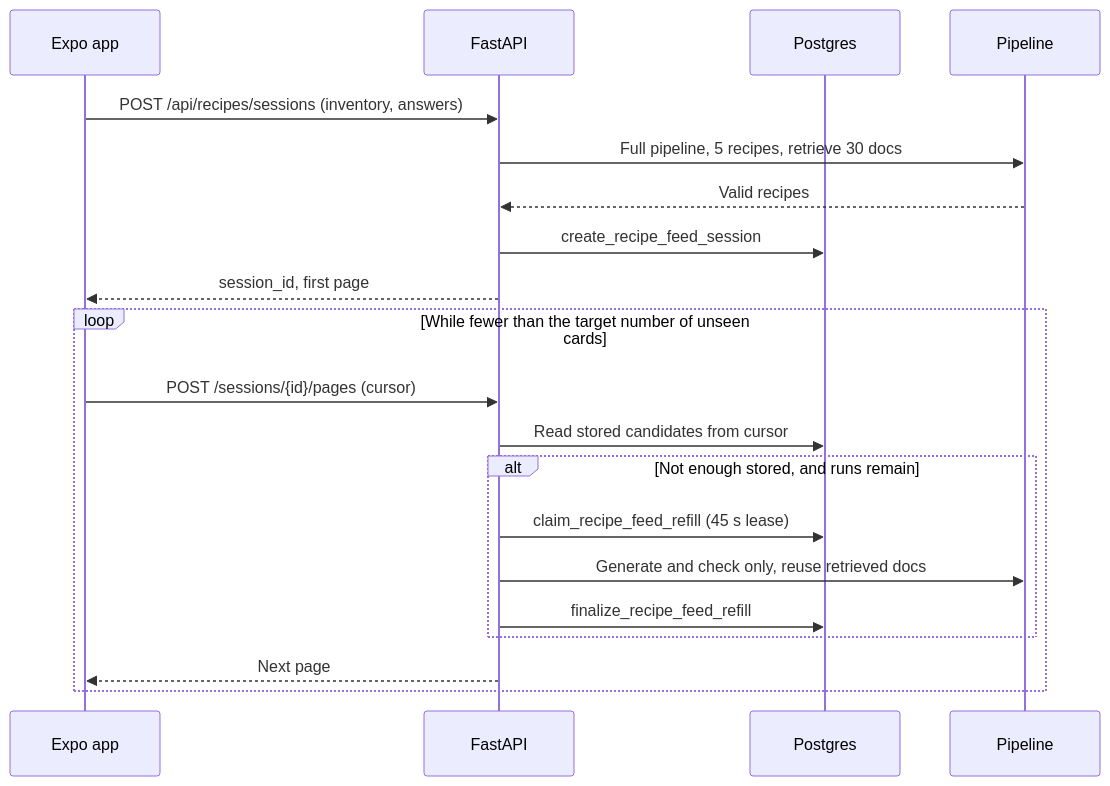
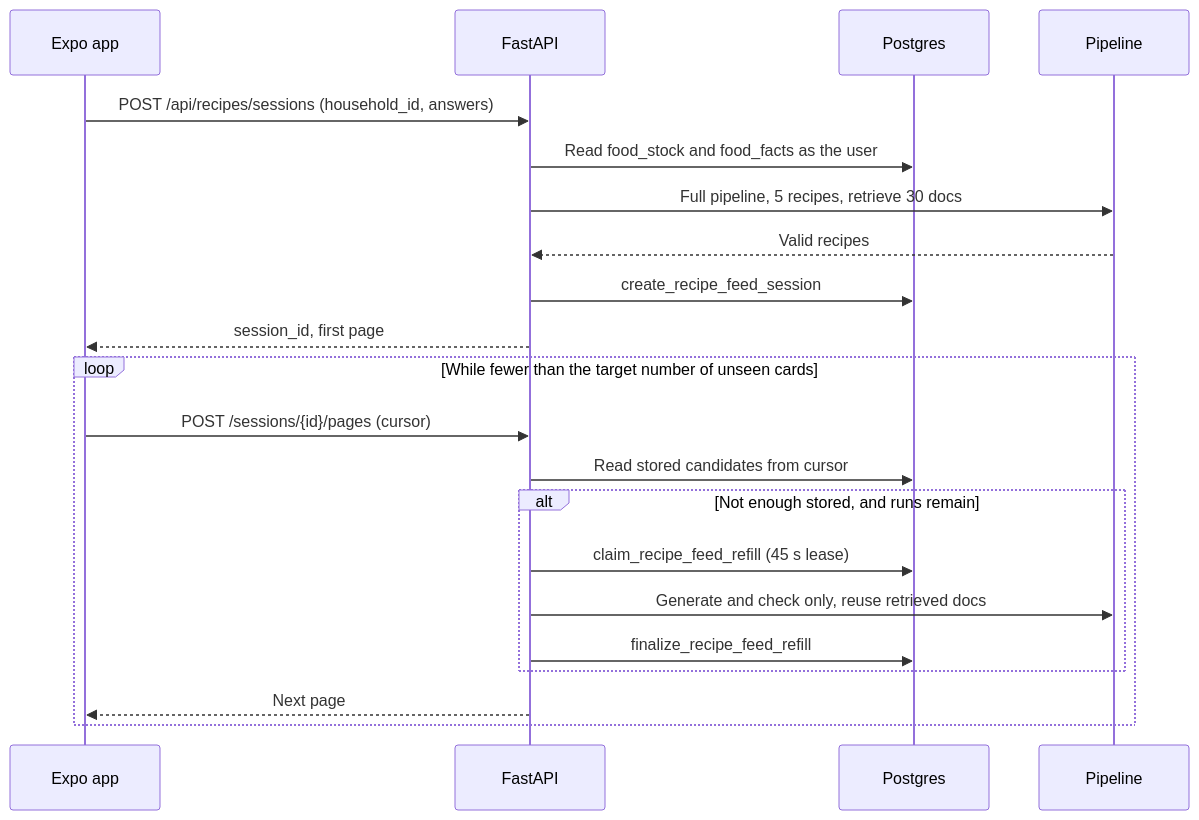
One commit to brandon-sanchez/FreshPlate changed the fourth of 5 diagrams in docs/architecture.md. Above: the diagram before and after it, drawn with Mermaid. The commit also changed other lines of this file and 30 other files, not shown here.

````diff
--- a/docs/architecture.md
+++ b/docs/architecture.md
@@ -124,24 +124,25 @@
 ```mermaid
 sequenceDiagram
 	participant App as Expo app
 	participant API as FastAPI
 	participant DB as Postgres
 	participant G as Pipeline
 
-	App->>API: POST /api/recipes/sessions (inventory, answers)
+	App->>API: POST /api/recipes/sessions (household_id, answers)
+	API->>DB: Read food_stock and food_facts as the user
 	API->>G: Full pipeline, 5 recipes, retrieve 30 docs
 	G-->>API: Valid recipes
 	API->>DB: create_recipe_feed_session
 	API-->>App: session_id, first page
 
 	loop While fewer than the target number of unseen cards
 		App->>API: POST /sessions/{id}/pages (cursor)
 		API->>DB: Read stored candidates from cursor
 		alt Not enough stored, and runs remain
 			API->>DB: claim_recipe_feed_refill (45 s lease)
 			API->>G: Generate and check only, reuse retrieved docs
 			API->>DB: finalize_recipe_feed_refill
 		end
 		API-->>App: Next page
 	end
 ```
````
